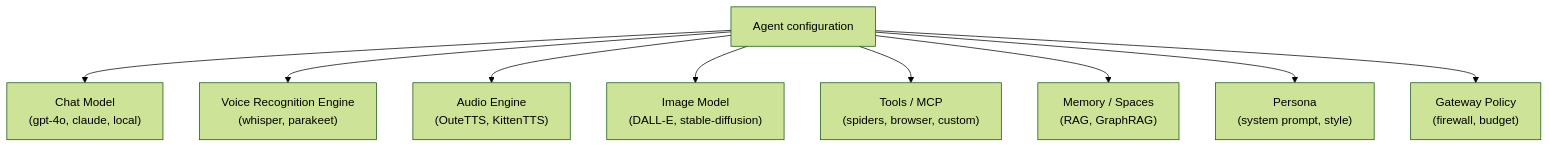
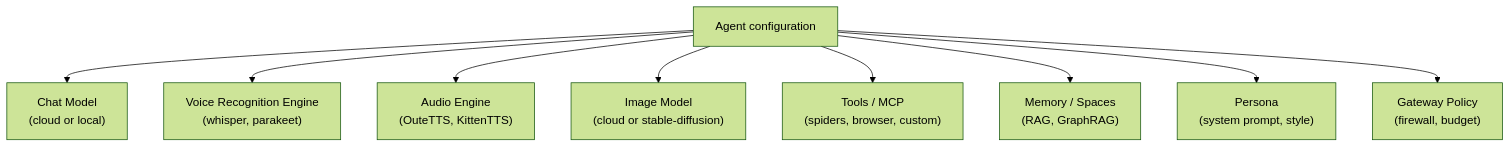
Before and after one commit to amajorai/ryu-docs: the fourth of 4 diagrams in content/docs/start-here/architecture/runnable-model.mdx, drawn with Mermaid (forest theme). The commit also changed other lines of this file and 2538 other files, not shown here.

````diff
--- a/content/docs/start-here/architecture/runnable-model.mdx
+++ b/content/docs/start-here/architecture/runnable-model.mdx
@@ -147,14 +146,14 @@
 ```mermaid
 flowchart TB
   Agent["Agent configuration"]
-  Chat["Chat Model\n(gpt-4o, claude, local)"]
+  Chat["Chat Model\n(cloud or local)"]
   VoiceRecognition["Voice Recognition Engine\n(whisper, parakeet)"]
   Audio["Audio Engine\n(OuteTTS, KittenTTS)"]
-  IMG["Image Model\n(DALL-E, stable-diffusion)"]
+  IMG["Image Model\n(cloud or stable-diffusion)"]
   Tools["Tools / MCP\n(spiders, browser, custom)"]
   Mem["Memory / Spaces\n(RAG, GraphRAG)"]
   Persona["Persona\n(system prompt, style)"]
   Policy["Gateway Policy\n(firewall, budget)"]
 
   Agent --> Chat & VoiceRecognition & Audio & IMG & Tools & Mem & Persona & Policy
 ```
````
